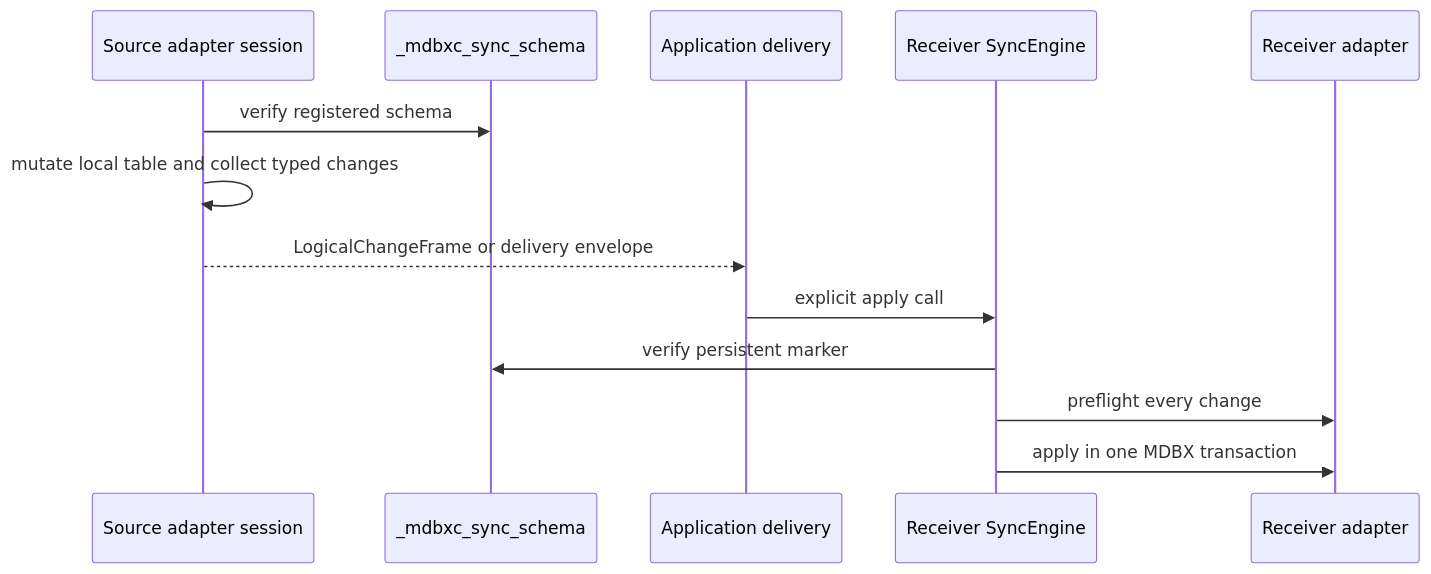
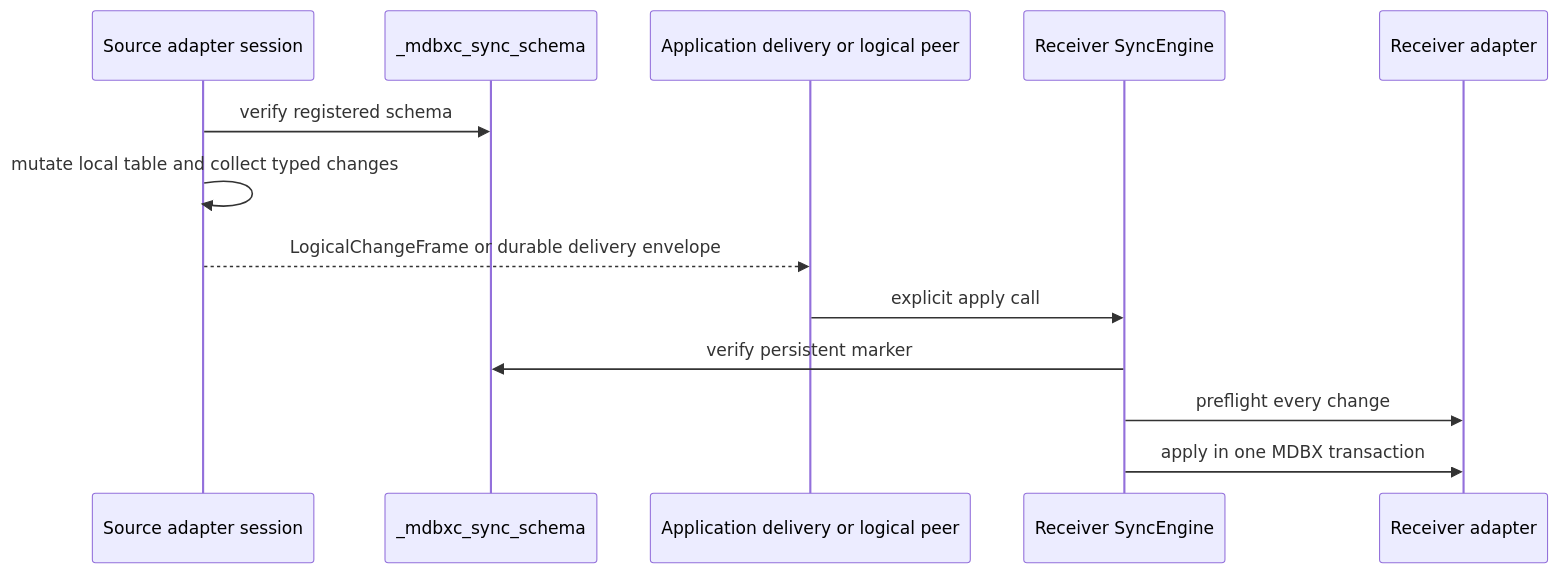
One commit to LimiNode/mdbx-containers changed the first of 2 diagrams in docs/sync-logical.md. Above: the diagram before and after it, drawn with Mermaid. The commit also changed other lines of this file and 19 other files, not shown here.

````diff
--- a/docs/sync-logical.md
+++ b/docs/sync-logical.md
@@ -28,16 +30,16 @@
 ```mermaid
 sequenceDiagram
     participant S as Source adapter session
     participant Schema as _mdbxc_sync_schema
-    participant Wire as Application delivery
+    participant Wire as Application delivery or logical peer
     participant E as Receiver SyncEngine
     participant A as Receiver adapter
 
     S->>Schema: verify registered schema
     S->>S: mutate local table and collect typed changes
-    S-->>Wire: LogicalChangeFrame or delivery envelope
+    S-->>Wire: LogicalChangeFrame or durable delivery envelope
     Wire->>E: explicit apply call
     E->>Schema: verify persistent marker
     E->>A: preflight every change
     E->>A: apply in one MDBX transaction
 ```
````
